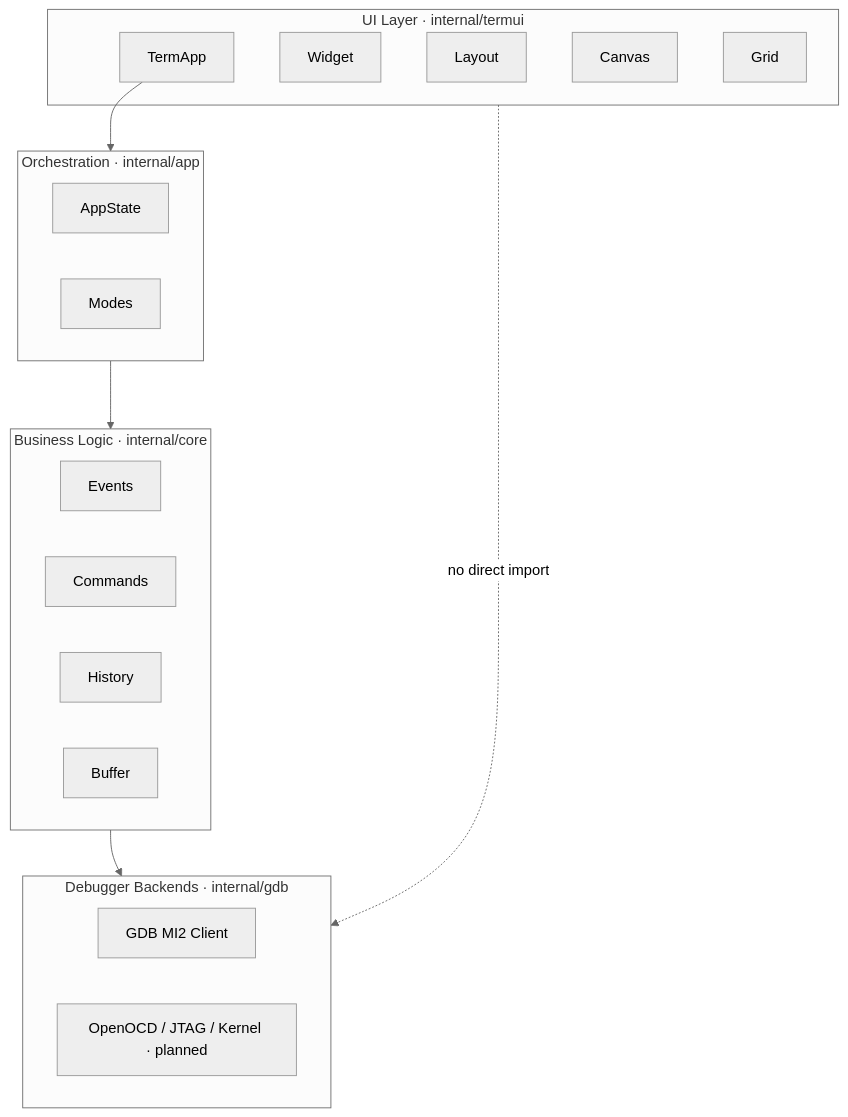
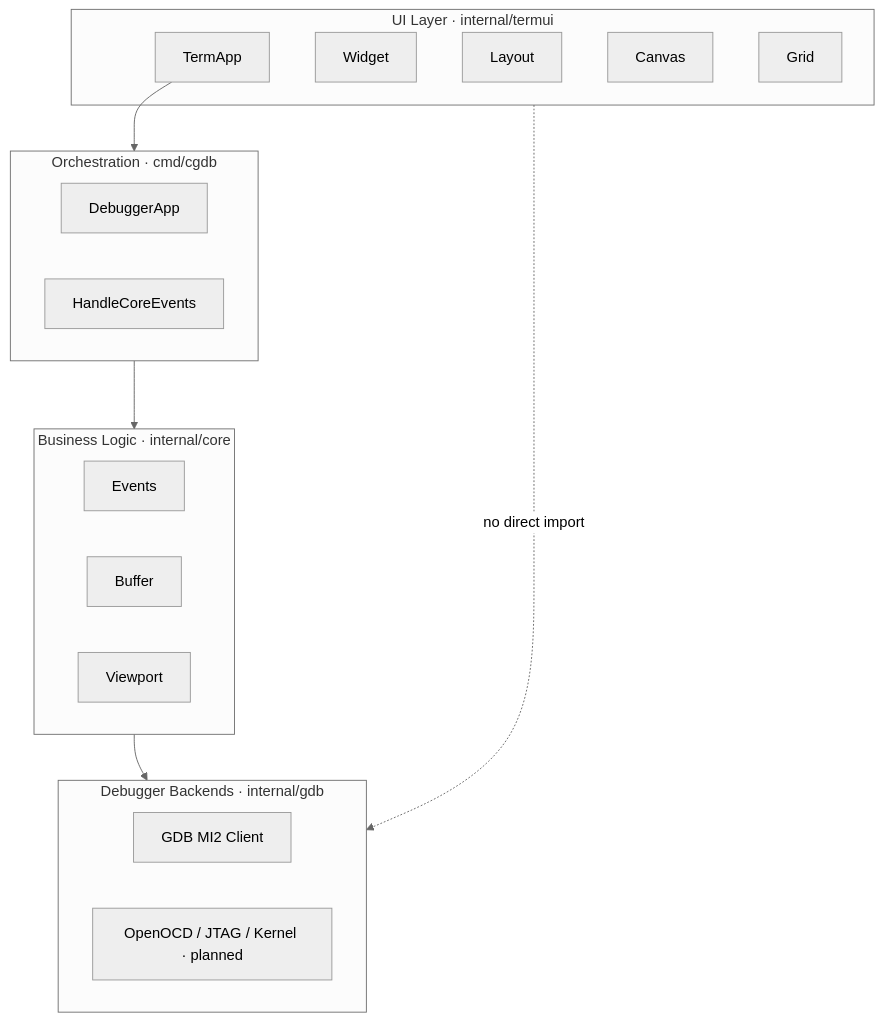
Before and after one commit to yairgd/gdbforge: the diagram in docs/diagrams/module_boundaries.mermaid, drawn with Mermaid (neutral theme). The commit also changed 23 other files, not shown here.

```diff
--- a/docs/diagrams/module_boundaries.mermaid
+++ b/docs/diagrams/module_boundaries.mermaid
@@ -1,30 +1,29 @@
 flowchart TB
     subgraph UI["UI Layer · internal/termui"]
         TermApp
         Widget
         Layout
         Canvas
         Grid
     end
 
-    subgraph App["Orchestration · internal/app"]
-        AppState
-        Modes
+    subgraph App["Orchestration · cmd/cgdb"]
+        DebuggerApp["DebuggerApp"]
+        HandleCore["HandleCoreEvents"]
     end
 
     subgraph Core["Business Logic · internal/core"]
         Events
-        Commands
-        History
         Buffer
+        Viewport
     end
 
     subgraph Backends["Debugger Backends · internal/gdb"]
         GDB_MI["GDB MI2 Client"]
         Future["OpenOCD / JTAG / Kernel · planned"]
     end
 
     TermApp --> App
     App --> Core
     Core --> Backends
     UI -.->|"no direct import"| Backends
```
